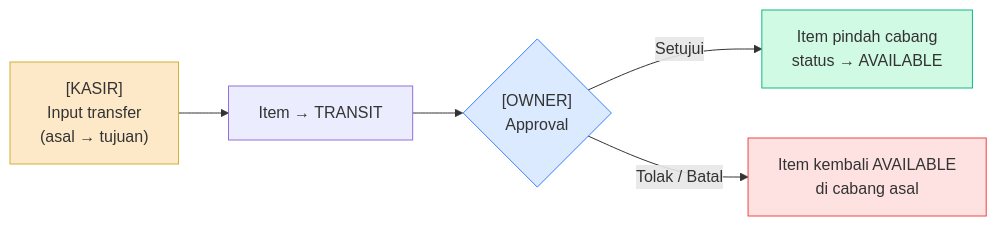
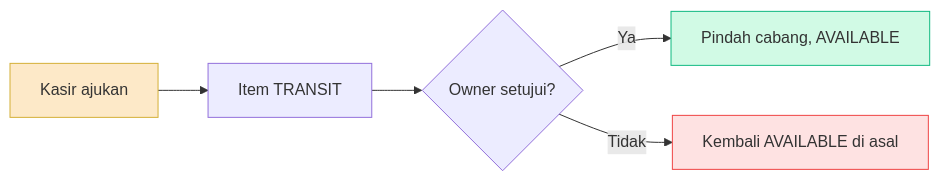
One commit to Armand96/toko_emas changed the fifth of 8 diagrams in MANUAL_BOOK.md. Above: the diagram before and after it, drawn with Mermaid. The commit also changed other lines of this file and 14 other files, not shown here.

````diff
--- a/MANUAL_BOOK.md
+++ b/MANUAL_BOOK.md
@@ -383,11 +275,10 @@
 ```mermaid
 flowchart LR
-    A["[KASIR]<br/>Input transfer<br/>(asal → tujuan)"] --> B["Item → TRANSIT"]
-    B --> C{"[OWNER]<br/>Approval"}
-    C -->|Setujui| D["Item pindah cabang<br/>status → AVAILABLE"]
-    C -->|Tolak / Batal| E["Item kembali AVAILABLE<br/>di cabang asal"]
+    A[Kasir ajukan] --> B[Item TRANSIT]
+    B --> C{Owner setujui?}
+    C -->|Ya| D[Pindah cabang, AVAILABLE]
+    C -->|Tidak| E[Kembali AVAILABLE di asal]
     style A fill:#fde9c8,stroke:#d4af37
-    style C fill:#dbeafe,stroke:#3b82f6
     style D fill:#d1fae5,stroke:#10b981
     style E fill:#fee2e2,stroke:#ef4444
 ```
````
